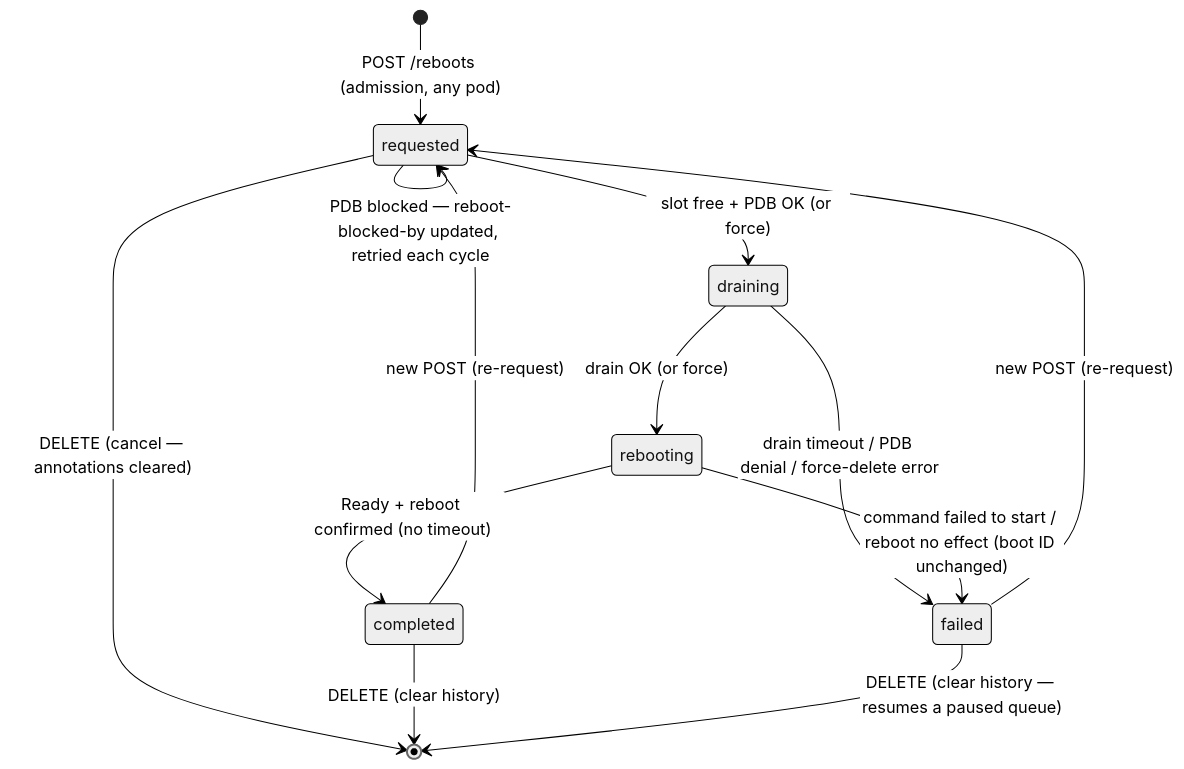
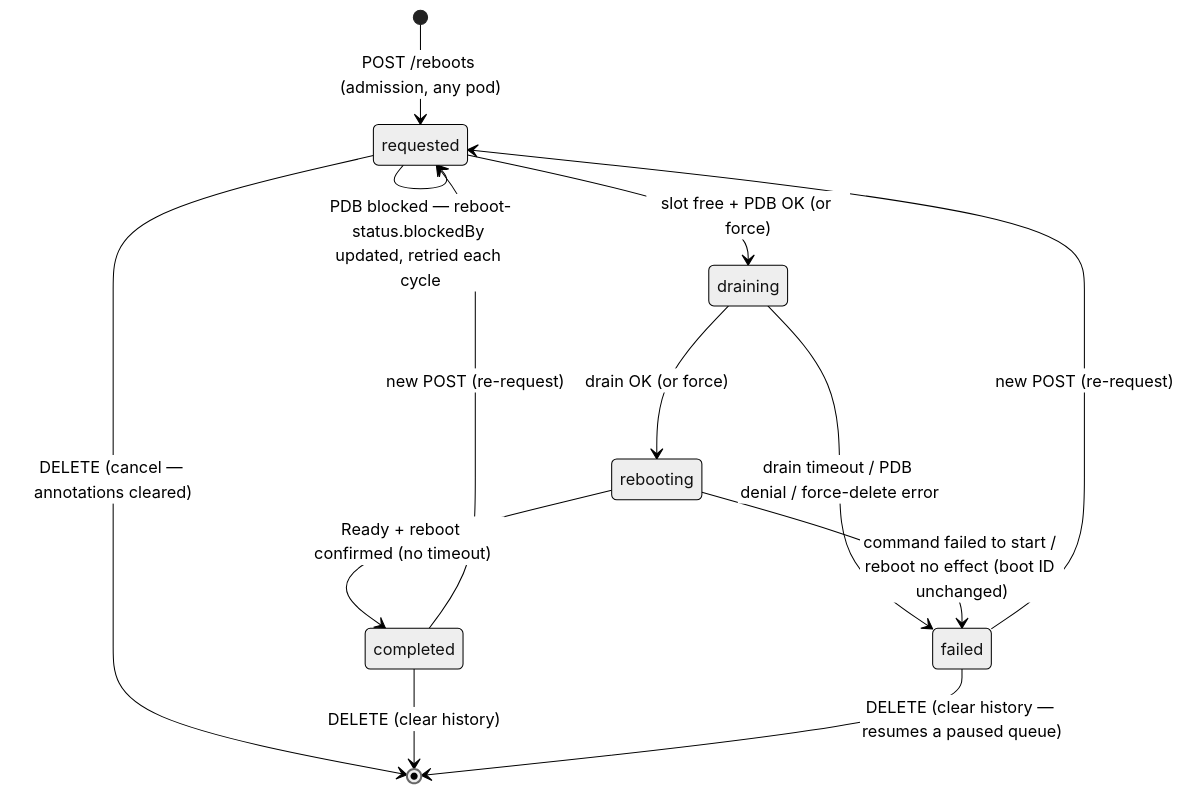
Before and after one commit to simplek8s/simplek8s-controller: the diagram in PLAN.md, drawn with Mermaid (neutral theme). The commit also changed other lines of this file, not shown here.

Commit message:
PLAN: v5 — 4-annotation JSON state design (reboot-state/request/exec/status), writer rule + conditional-transition discipline, corrupt-annotation handling, failed-is-terminal decision

````diff
--- a/PLAN.md
+++ b/PLAN.md
@@ -170,15 +314,15 @@
 ```mermaid
 stateDiagram-v2
     [*] --> requested: POST /reboots (admission, any pod)
-    requested --> requested: PDB blocked — reboot-blocked-by updated, retried each cycle
+    requested --> requested: PDB blocked — reboot-status.blockedBy updated, retried each cycle
     requested --> draining: slot free + PDB OK (or force)
     requested --> [*]: DELETE (cancel — annotations cleared)
     draining --> rebooting: drain OK (or force)
     draining --> failed: drain timeout / PDB denial / force-delete error
     rebooting --> failed: command failed to start / reboot no effect (boot ID unchanged)
     rebooting --> completed: Ready + reboot confirmed (no timeout)
     completed --> [*]: DELETE (clear history)
     failed --> [*]: DELETE (clear history — resumes a paused queue)
     completed --> requested: new POST (re-request)
     failed --> requested: new POST (re-request)
 ```
````
